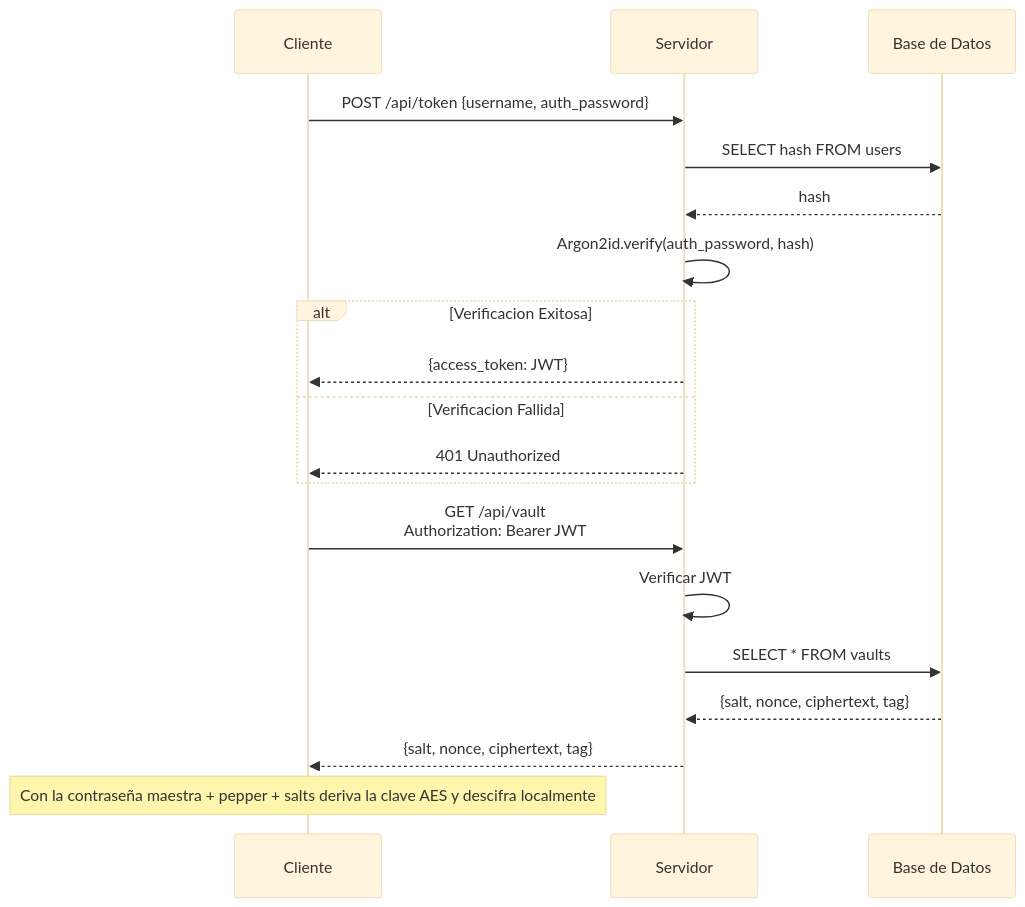
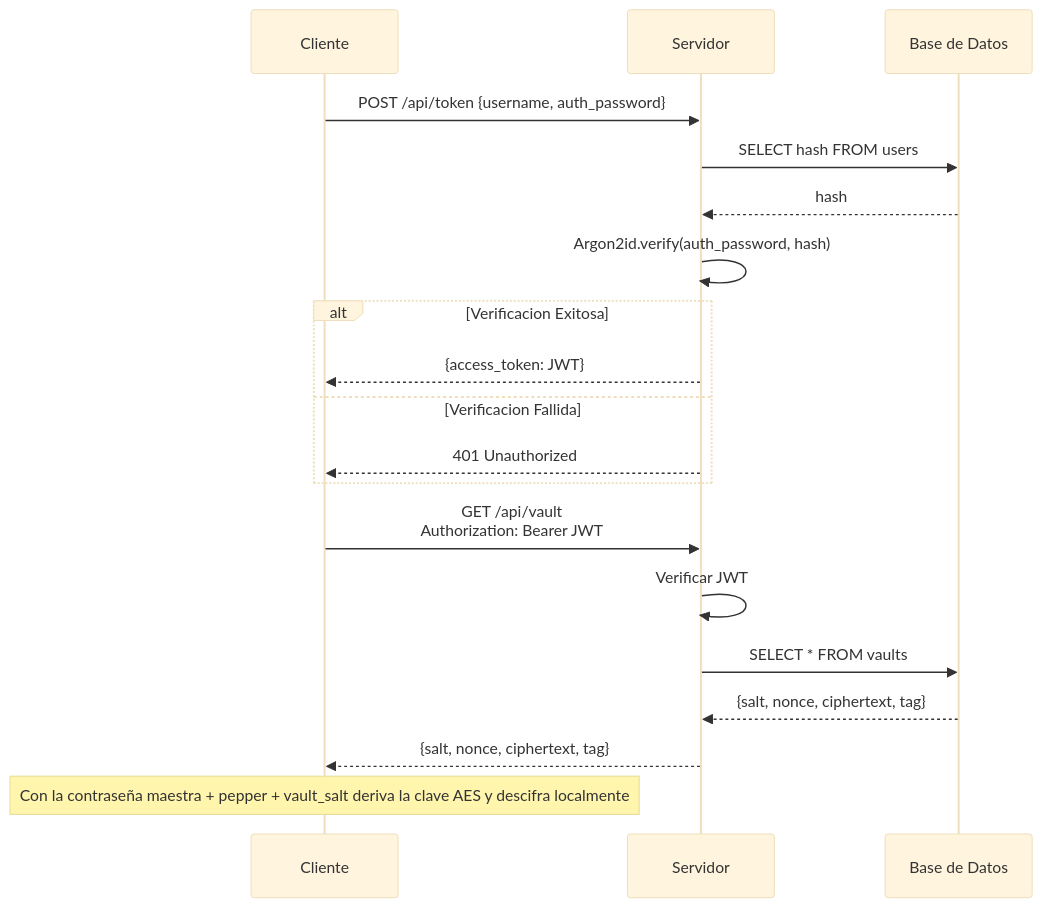
The fifth of 9 diagrams in INFORME_TECNICO.md (DavidHerencia/password_manager_crypto), drawn with Mermaid (base theme) before and after one commit. The commit also changed other lines of this file and 2 other files, not shown here.

Commit message:
salt now is explicitly checked

````diff
--- a/INFORME_TECNICO.md
+++ b/INFORME_TECNICO.md
@@ -323,25 +347,25 @@
 ```mermaid
 sequenceDiagram
     participant C as Cliente
     participant S as Servidor
     participant DB as Base de Datos
     
     C->>S: POST /api/token {username, auth_password}
     S->>DB: SELECT hash FROM users
     DB-->>S: hash
     S->>S: Argon2id.verify(auth_password, hash)
     
     alt Verificacion Exitosa
         S-->>C: {access_token: JWT}
     else Verificacion Fallida
         S-->>C: 401 Unauthorized
     end
     
     C->>S: GET /api/vault<br/>Authorization: Bearer JWT
     S->>S: Verificar JWT
     S->>DB: SELECT * FROM vaults
     DB-->>S: {salt, nonce, ciphertext, tag}
     S-->>C: {salt, nonce, ciphertext, tag}
     
-    Note over C: Con la contraseña maestra + pepper + salts deriva la clave AES y descifra localmente
+    Note over C: Con la contraseña maestra + pepper + vault_salt deriva la clave AES y descifra localmente
 ```
````
